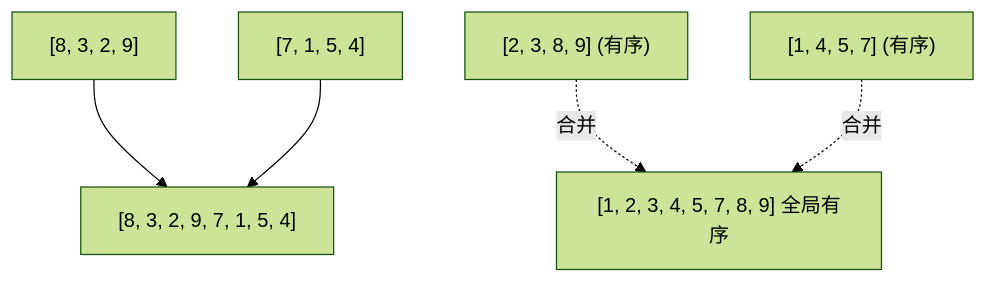
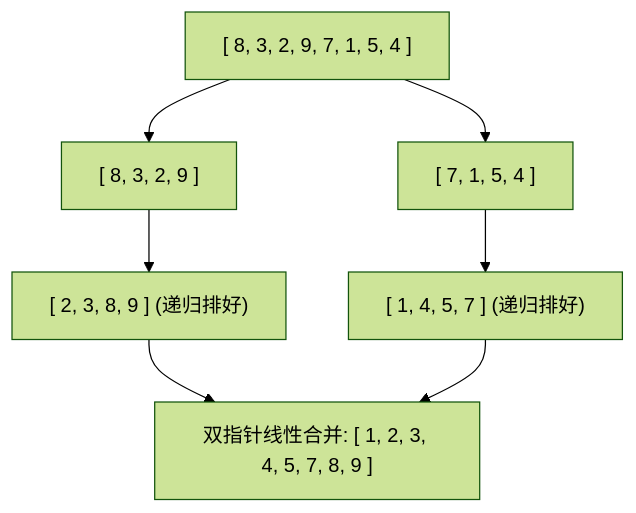
The diagram in src/content/notes/CS61B/lecture-30.md (easonlines2007/easonlin-blog), drawn with Mermaid (forest theme) before and after one commit. The commit also changed other lines of this file and 230 other files, not shown here.

````diff
--- a/src/content/notes/CS61B/lecture-30.md
+++ b/src/content/notes/CS61B/lecture-30.md
@@ -65,8 +48,9 @@
 ```mermaid
 graph TD
-    ARR["[8, 3, 2, 9, 7, 1, 5, 4]"]
-    L["[8, 3, 2, 9]"] --> ARR
-    R["[7, 1, 5, 4]"] --> ARR
-    L1["[2, 3, 8, 9] (有序)"] -.->|"合并"| MERGED["[1, 2, 3, 4, 5, 7, 8, 9] 全局有序"]
-    R1["[1, 4, 5, 7] (有序)"] -.->|"合并"| MERGED
+    A["[ 8, 3, 2, 9, 7, 1, 5, 4 ]"] --> B1["[ 8, 3, 2, 9 ]"]
+    A --> B2["[ 7, 1, 5, 4 ]"]
+    B1 --> C1["[ 2, 3, 8, 9 ] (递归排好)"]
+    B2 --> C2["[ 1, 4, 5, 7 ] (递归排好)"]
+    C1 --> M["双指针线性合并: [ 1, 2, 3, 4, 5, 7, 8, 9 ]"]
+    C2 --> M
 ```
````
